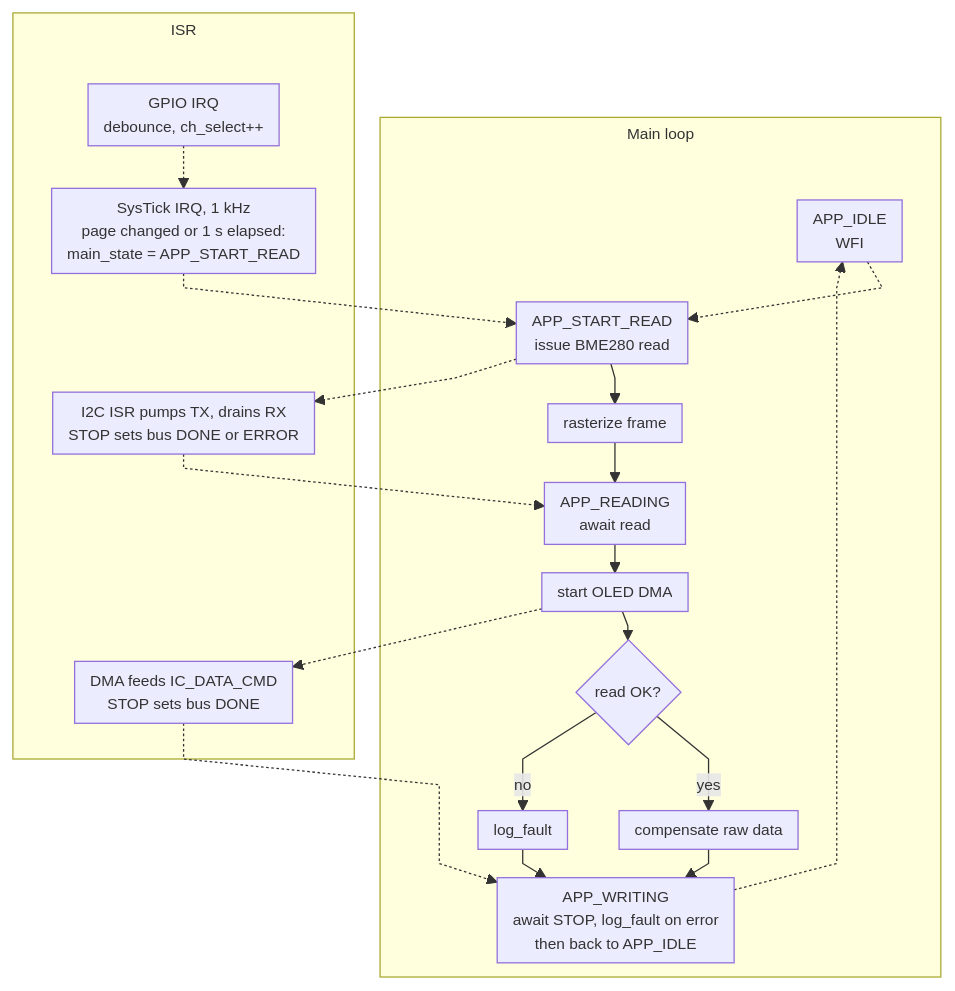
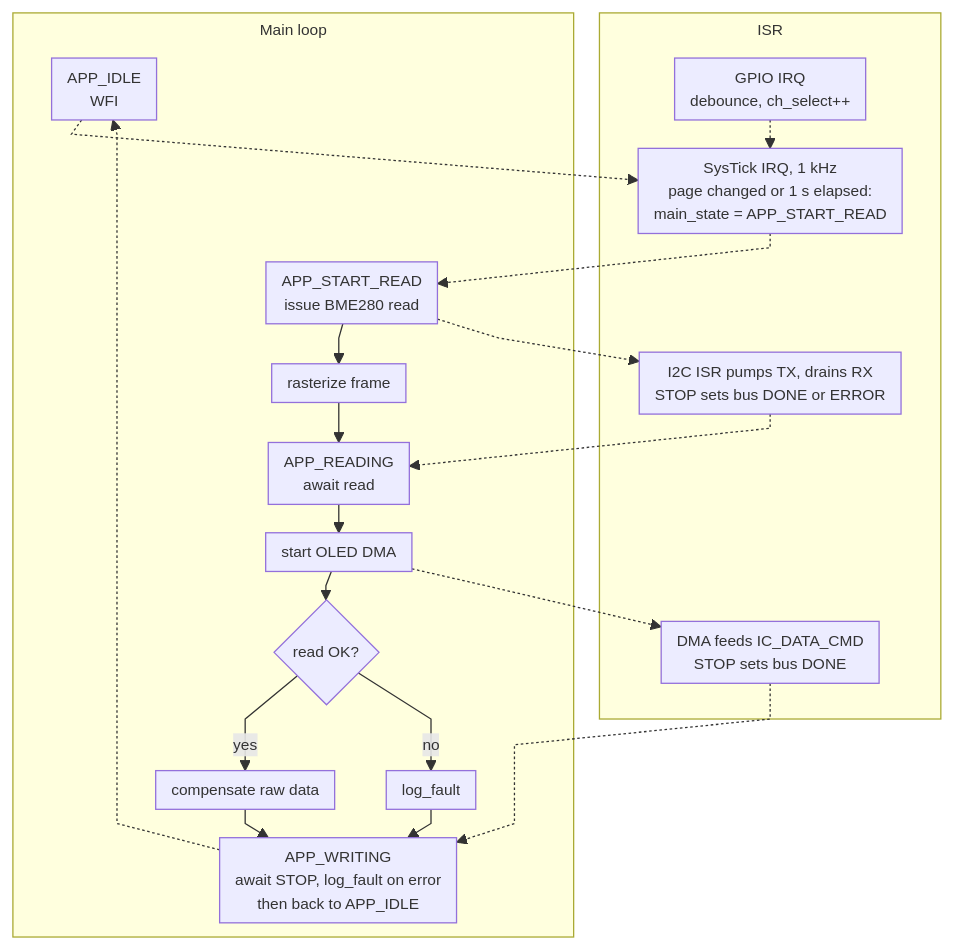
One commit to Vasilis-Narain/rp2350-baremetal-weather-station changed the diagram in README.md. Above: the diagram before and after it, drawn with Mermaid.

````diff
--- a/README.md
+++ b/README.md
@@ -57,31 +57,31 @@
 ```mermaid
-%%{init: {"themeVariables": {"fontSize": "12px"}, "flowchart": {"nodeSpacing": 40, "rankSpacing": 22, "padding": 6, "diagramPadding": 10, "curve": "linear", "subGraphTitleMargin": {"top": 4, "bottom": 40}}}}%%
+%%{init: {"themeVariables": {"fontSize": "12px"}, "flowchart": {"nodeSpacing": 40, "rankSpacing": 22, "padding": 6, "diagramPadding": 10, "curve": "linear", "subGraphTitleMargin": {"top": 4, "bottom": 20}}}}%%
 flowchart TB
     subgraph MAIN["Main loop"]
         I["APP_IDLE<br/>WFI"]
         S["APP_START_READ<br/>issue BME280 read"] --> R["rasterize frame"]
         R --> RD["APP_READING<br/>await read"]
         RD --> DMA["start OLED DMA"]
         DMA --> OK{"read OK?"}
         OK -- yes --> C["compensate raw data"]
         OK -- no --> LF["log_fault"]
         C --> W["APP_WRITING<br/>await STOP, log_fault on error<br/>then back to APP_IDLE"]
         LF --> W
     end
 
     subgraph ISR 
         BTN["GPIO IRQ<br/>debounce, ch_select++"]
         SYS["SysTick IRQ, 1 kHz<br/>page changed or 1 s elapsed:<br/>main_state = APP_START_READ"]
         ISR["I2C ISR pumps TX, drains RX<br/>STOP sets bus DONE or ERROR"]
         DF["DMA feeds IC_DATA_CMD<br/>STOP sets bus DONE"]
     end
 
-    I -.-> S
+    I -.-> SYS
     BTN -.-> SYS
     SYS -.-> S
     S -.-> ISR
     ISR -.-> RD
     DMA -.-> DF
     DF -.-> W
     W -.->I
 ```
````
